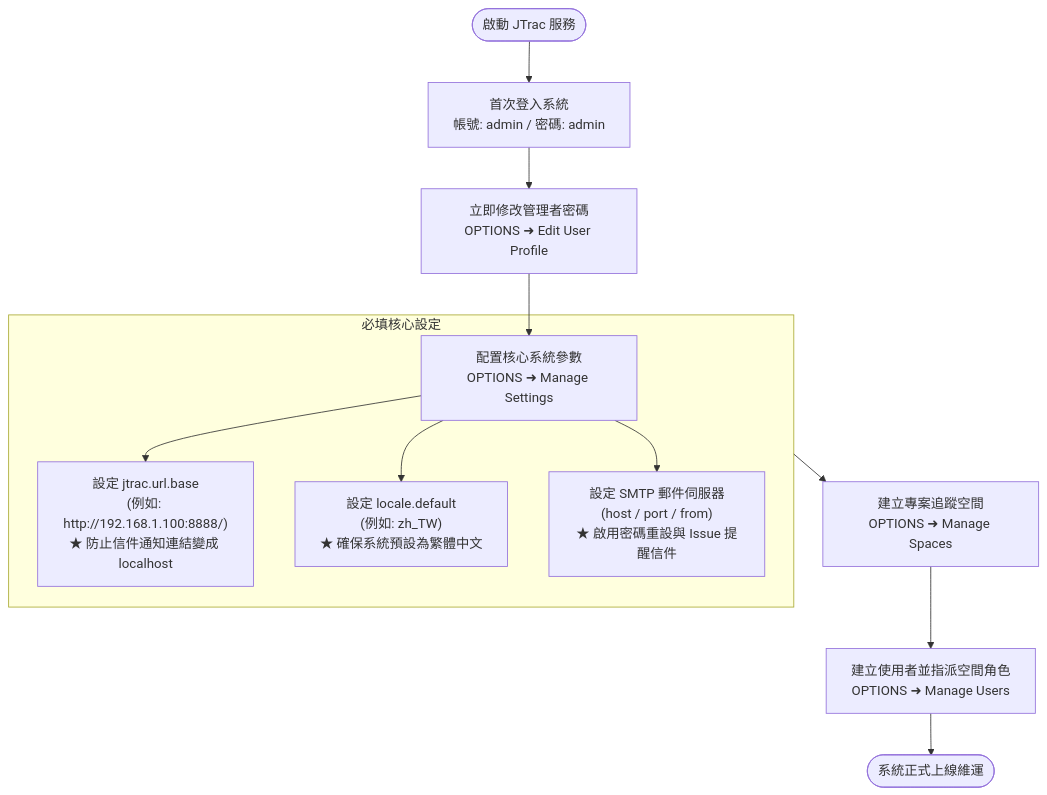
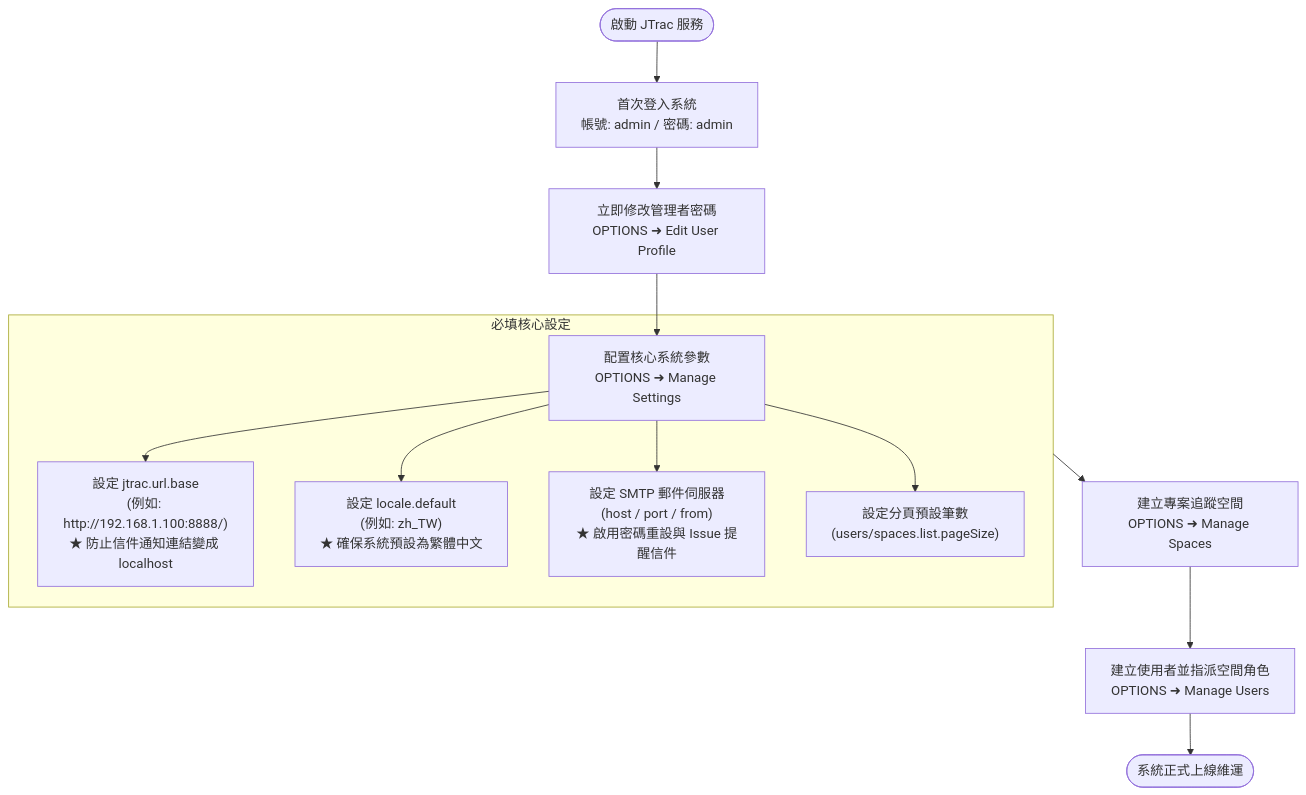
The first of 2 diagrams in docs/admin/ADMIN_GUIDE_zh-TW.md (WilliamFromTW/jtrac), drawn with Mermaid before and after one commit. The commit also changed other lines of this file and 57 other files, not shown here.

````diff
--- a/docs/admin/ADMIN_GUIDE_zh-TW.md
+++ b/docs/admin/ADMIN_GUIDE_zh-TW.md
@@ -83,16 +85,17 @@
 ```mermaid
 flowchart TD
     Start([啟動 JTrac 服務]) --> Login[首次登入系統<br/>帳號: admin / 密碼: admin]
     Login --> ChangePwd[立即修改管理者密碼<br/>OPTIONS ➜ Edit User Profile]
     ChangePwd --> ConfigSettings[配置核心系統參數<br/>OPTIONS ➜ Manage Settings]
     
     subgraph CriticalSettings [必填核心設定]
         ConfigSettings --> SetUrlBase["設定 jtrac.url.base<br/>(例如: http://192.168.1.100:8888/)<br/>★ 防止信件通知連結變成 localhost"]
         ConfigSettings --> SetLocale["設定 locale.default<br/>(例如: zh_TW)<br/>★ 確保系統預設為繁體中文"]
         ConfigSettings --> SetSMTP["設定 SMTP 郵件伺服器<br/>(host / port / from)<br/>★ 啟用密碼重設與 Issue 提醒信件"]
+        ConfigSettings --> SetPaging["設定分頁預設筆數<br/>(users/spaces.list.pageSize)"]
     end
     
     CriticalSettings --> CreateSpaces[建立專案追蹤空間<br/>OPTIONS ➜ Manage Spaces]
     CreateSpaces --> CreateUsers[建立使用者並指派空間角色<br/>OPTIONS ➜ Manage Users]
     CreateUsers --> Finish([系統正式上線維運])
 ```
````
